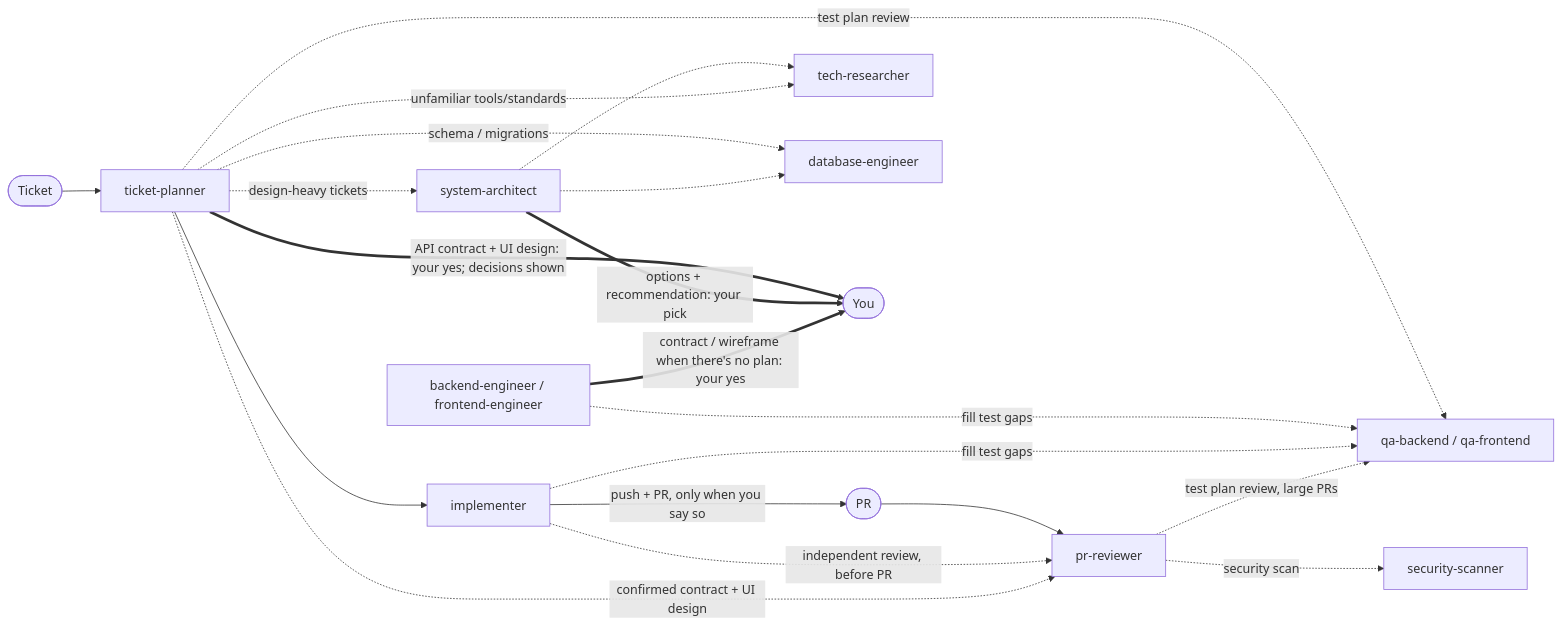
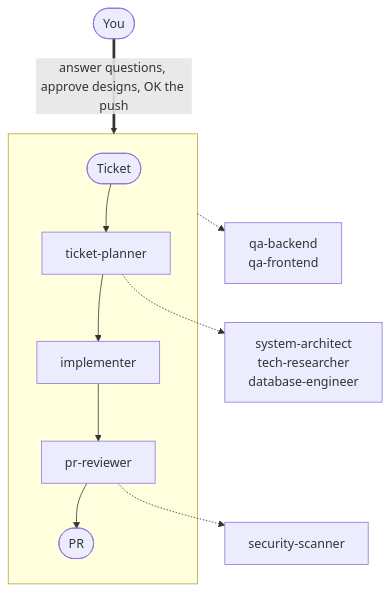
One commit to kcayme/k-agents changed the diagram in README.md. Above: the diagram before and after it, drawn with Mermaid. The commit also changed other lines of this file, not shown here.

Commit message:
docs: simplify the readme diagram and mention design patterns and question diagrams

````diff
--- a/README.md
+++ b/README.md
@@ -5,24 +5,10 @@
 ```mermaid
-flowchart LR
-    T([Ticket]) --> TP[ticket-planner]
-    TP --> IM[implementer]
-    IM -->|push + PR, only when you say so| PR([PR])
-    PR --> RV[pr-reviewer]
-
-    TP -.->|design-heavy tickets| SA[system-architect]
-    SA -.-> TR[tech-researcher]
-    TP -.->|unfamiliar tools/standards| TR
-    TP -.->|schema / migrations| DB[database-engineer]
-    SA -.-> DB
-    TP -.->|test plan review| QA[qa-backend / qa-frontend]
-    BE[backend-engineer / frontend-engineer] -.->|fill test gaps| QA
-    IM -.->|fill test gaps| QA
-    IM -.->|independent review, before PR| RV
-    RV -.->|security scan| SS[security-scanner]
-    RV -.->|test plan review, large PRs| QA
-    TP -.->|confirmed contract + UI design| RV
-
-    TP ==>|API contract + UI design: your yes; decisions shown| U([You])
-    SA ==>|options + recommendation: your pick| U
-    BE ==>|contract / wireframe when there's no plan: your yes| U
+flowchart TB
+    U([You]) ==>|answer questions, approve designs, OK the push| P
+    subgraph P [ ]
+        T([Ticket]) --> TP[ticket-planner] --> IM[implementer] --> RV[pr-reviewer] --> PR([PR])
+    end
+    TP -.-> SP[system-architect<br/>tech-researcher<br/>database-engineer]
+    P -.-> QA[qa-backend<br/>qa-frontend]
+    RV -.-> SS[security-scanner]
 ```
````
